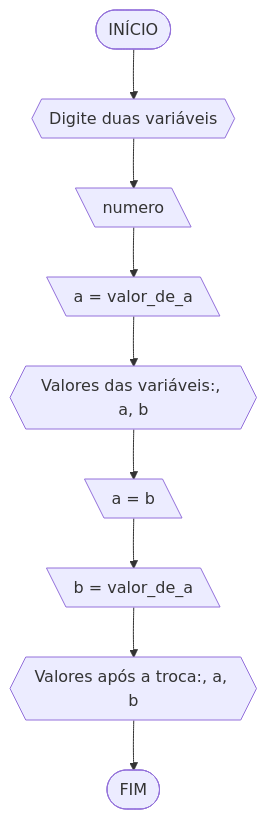
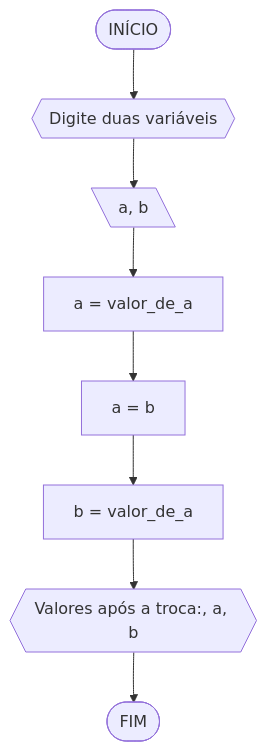
One commit to LucasCarreiro7/UNIFOR changed the first of 4 diagrams in RLA/AF1/AD1.md. Above: the diagram before and after it, drawn with Mermaid. The commit also changed other lines of this file, not shown here.

````diff
--- a/RLA/AF1/AD1.md
+++ b/RLA/AF1/AD1.md
@@ -33,11 +33,10 @@
 ```mermaid
 flowchart TD
 A([INÍCIO]) --> B{{Digite duas variáveis}}
-B --> C[\numero\]
-C --> D[\a = valor_de_a\]
-D --> F{{Valores das variáveis:, a, b}}
-F --> G[\a = b\]
-G --> H[\b = valor_de_a\]
+B --> C[\a, b\]
+C --> D[a = valor_de_a]
+D --> G[a = b]
+G --> H[b = valor_de_a]
 H --> I{{Valores após a troca:, a, b}}
 I --> Z([FIM])
 ```
````
